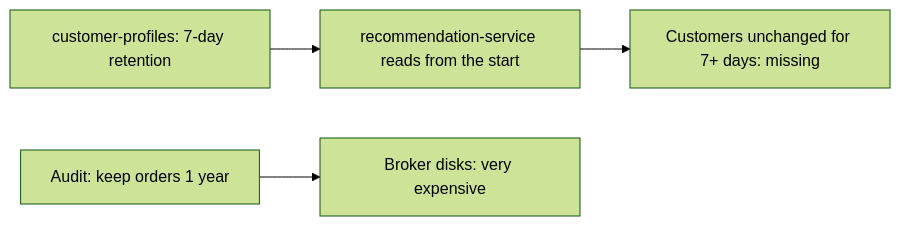
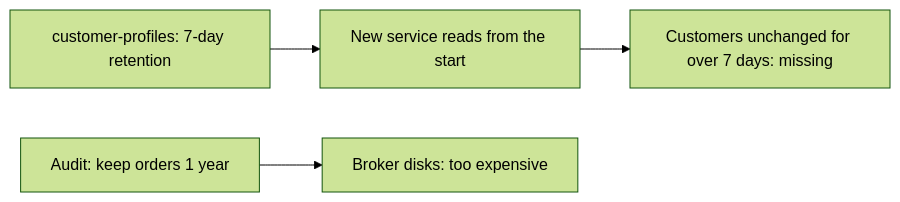
One commit to jubin-techwiz/learning changed the first of 2 diagrams in notes/02-messaging/02-kafka/13-retention-compaction-tiered-storage.md. Above: the diagram before and after it, drawn with Mermaid (forest theme). The commit also changed other lines of this file and 37 other files, not shown here.

````diff
--- a/notes/02-messaging/02-kafka/13-retention-compaction-tiered-storage.md
+++ b/notes/02-messaging/02-kafka/13-retention-compaction-tiered-storage.md
@@ -26,6 +53,6 @@
 ```mermaid
 flowchart LR
-    T[customer-profiles: 7-day retention] --> R[recommendation-service reads from the start]
-    R --> X[Customers unchanged for 7+ days: missing]
-    A[Audit: keep orders 1 year] --> D[Broker disks: very expensive]
+    T[customer-profiles: 7-day retention] --> R[New service reads from the start]
+    R --> X[Customers unchanged for over 7 days: missing]
+    A[Audit: keep orders 1 year] --> D[Broker disks: too expensive]
 ```
````
